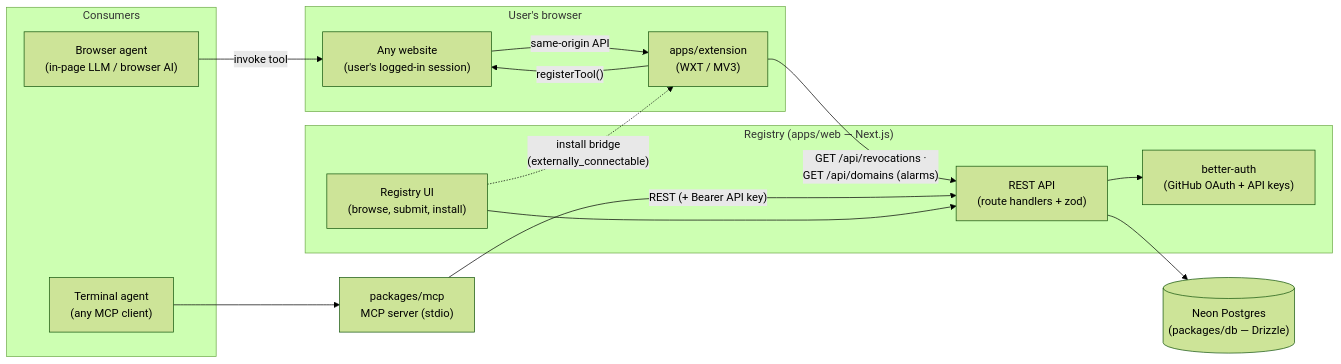
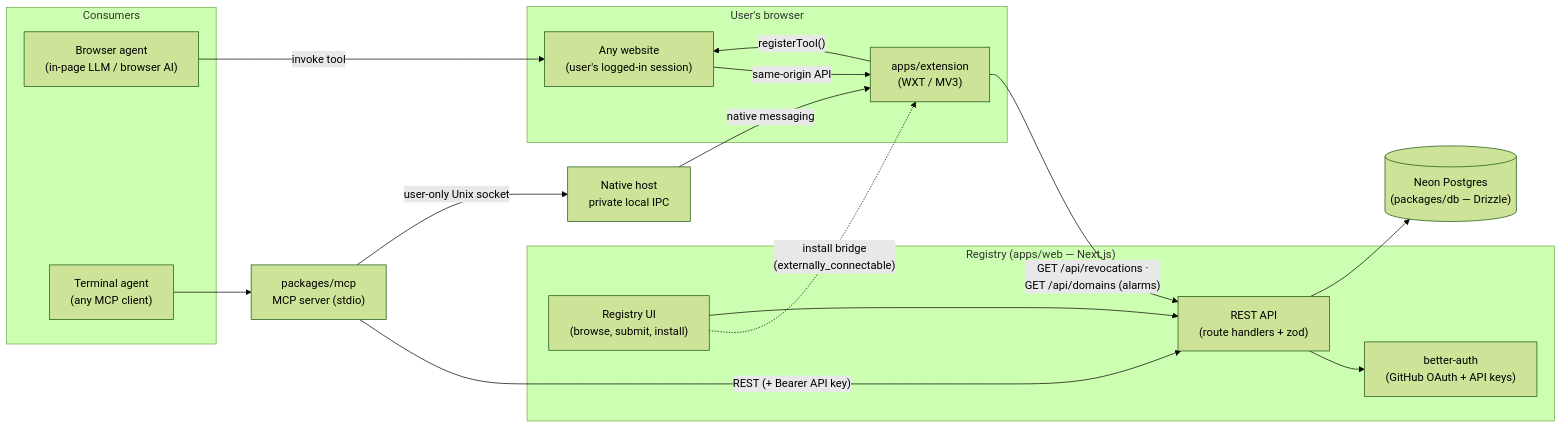
One commit to robertn702/webmcp-today changed the first of 5 diagrams in ARCHITECTURE.md. Above: the diagram before and after it, drawn with Mermaid (forest theme). The commit also changed other lines of this file and 39 other files, not shown here.

Commit message:
feat(mcp): bridge local WebMCP tools

````diff
--- a/ARCHITECTURE.md
+++ b/ARCHITECTURE.md
@@ -20,32 +20,35 @@
 ```mermaid
 flowchart LR
     subgraph Consumers
         BA["Browser agent<br/>(in-page LLM / browser AI)"]
         TA["Terminal agent<br/>(any MCP client)"]
     end
 
     subgraph Browser["User's browser"]
         EXT["apps/extension<br/>(WXT / MV3)"]
         PAGE["Any website<br/>(user's logged-in session)"]
         EXT -- "registerTool()" --> PAGE
         BA -- "invoke tool" --> PAGE
         PAGE -- "same-origin API" --> EXT
     end
 
     subgraph Registry["Registry (apps/web — Next.js)"]
         UI["Registry UI<br/>(browse, submit, install)"]
         API["REST API<br/>(route handlers + zod)"]
         AUTH["better-auth<br/>(GitHub OAuth + API keys)"]
     end
 
     DB[("Neon Postgres<br/>(packages/db — Drizzle)")]
-    MCP["packages/mcp<br/>MCP server (stdio)"]
+     MCP["packages/mcp<br/>MCP server (stdio)"]
+     HOST["Native host<br/>private local IPC"]
 
     UI -. "install bridge<br/>(externally_connectable)" .-> EXT
     EXT -- "GET /api/revocations ·<br/>GET /api/domains (alarms)" --> API
-    MCP -- "REST (+ Bearer API key)" --> API
+     MCP -- "REST (+ Bearer API key)" --> API
+     MCP -- "user-only Unix socket" --> HOST
+     HOST -- "native messaging" --> EXT
     TA --> MCP
     UI --> API
     API --> AUTH
     API --> DB
 ```
````
